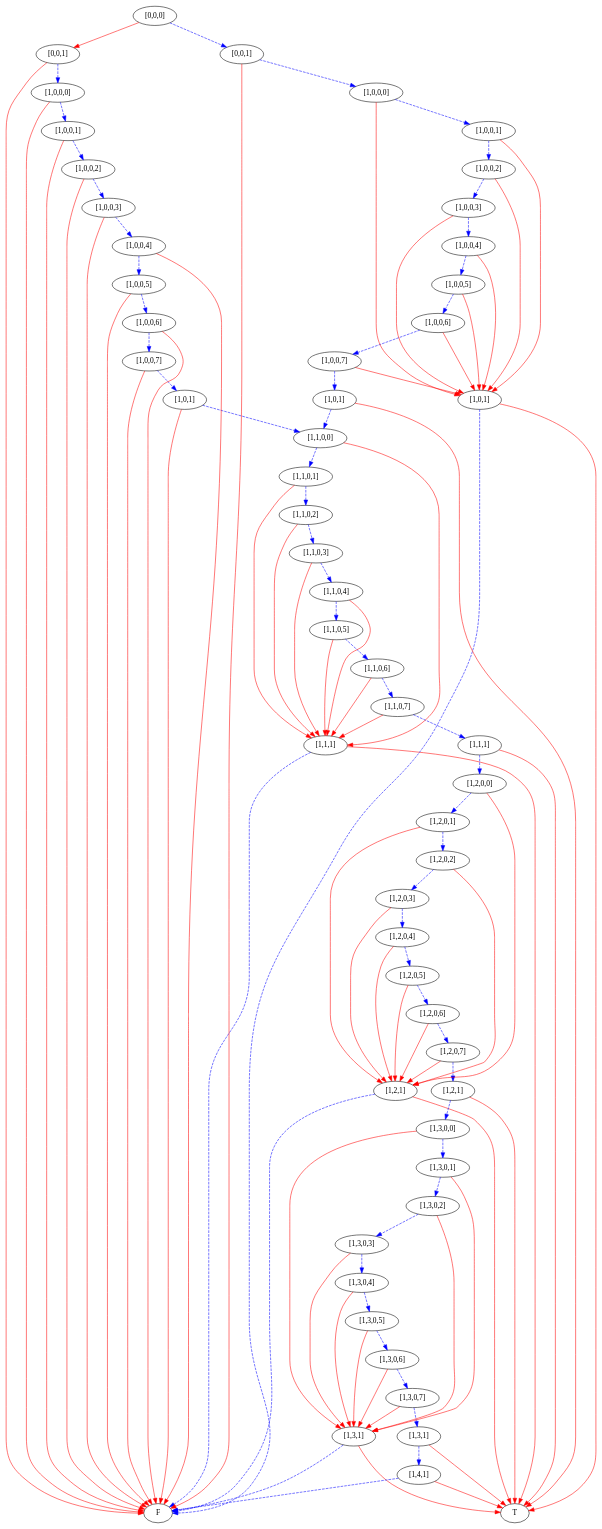
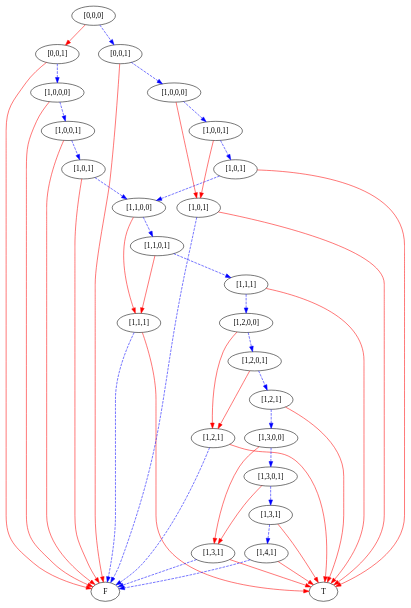
Before and after one commit to mburyakov/minxmod: the diagram in simpleProgram5bstates/8.dot, drawn with Graphviz. The commit also changed 11 other files, not shown here.

```diff
--- a/simpleProgram5bstates/8.dot
+++ b/simpleProgram5bstates/8.dot
@@ -6,54 +6,24 @@
     5 [label="[1,3,1]"];
     6 [label="[1,4,1]"];
     7 [label="[1,3,1]"];
-    8 [label="[1,3,0,7]"];
-    9 [label="[1,3,0,6]"];
-    10 [label="[1,3,0,5]"];
-    11 [label="[1,3,0,4]"];
-    12 [label="[1,3,0,3]"];
-    13 [label="[1,3,0,2]"];
-    14 [label="[1,3,0,1]"];
-    15 [label="[1,3,0,0]"];
-    16 [label="[1,2,1]"];
-    17 [label="[1,2,0,7]"];
-    18 [label="[1,2,0,6]"];
-    19 [label="[1,2,0,5]"];
-    20 [label="[1,2,0,4]"];
-    21 [label="[1,2,0,3]"];
-    22 [label="[1,2,0,2]"];
-    23 [label="[1,2,0,1]"];
-    24 [label="[1,2,0,0]"];
-    25 [label="[1,1,1]"];
-    26 [label="[1,1,0,7]"];
-    27 [label="[1,1,0,6]"];
-    28 [label="[1,1,0,5]"];
-    29 [label="[1,1,0,4]"];
-    30 [label="[1,1,0,3]"];
-    31 [label="[1,1,0,2]"];
-    32 [label="[1,1,0,1]"];
-    33 [label="[1,1,0,0]"];
-    34 [label="[1,0,1]"];
-    35 [label="[1,0,0,7]"];
-    36 [label="[1,0,0,6]"];
-    37 [label="[1,0,0,5]"];
-    38 [label="[1,0,0,4]"];
-    39 [label="[1,0,0,3]"];
-    40 [label="[1,0,0,2]"];
-    41 [label="[1,0,0,1]"];
-    42 [label="[1,0,0,0]"];
-    43 [label="[0,0,1]"];
-    44 [label="[1,0,1]"];
-    45 [label="[1,0,1]"];
-    46 [label="[1,0,0,7]"];
-    47 [label="[1,0,0,6]"];
-    48 [label="[1,0,0,5]"];
-    49 [label="[1,0,0,4]"];
-    50 [label="[1,0,0,3]"];
-    51 [label="[1,0,0,2]"];
-    52 [label="[1,0,0,1]"];
-    53 [label="[1,0,0,0]"];
-    54 [label="[0,0,1]"];
-    55 [label="[0,0,0]"];
+    8 [label="[1,3,0,1]"];
+    9 [label="[1,3,0,0]"];
+    10 [label="[1,2,1]"];
+    11 [label="[1,2,0,1]"];
+    12 [label="[1,2,0,0]"];
+    13 [label="[1,1,1]"];
+    14 [label="[1,1,0,1]"];
+    15 [label="[1,1,0,0]"];
+    16 [label="[1,0,1]"];
+    17 [label="[1,0,0,1]"];
+    18 [label="[1,0,0,0]"];
+    19 [label="[0,0,1]"];
+    20 [label="[1,0,1]"];
+    21 [label="[1,0,1]"];
+    22 [label="[1,0,0,1]"];
+    23 [label="[1,0,0,0]"];
+    24 [label="[0,0,1]"];
+    25 [label="[0,0,0]"];
     3 -> 1 [style=dashed
            ,color=blue];
     3 -> 2 [color=red];
@@ -75,142 +45,52 @@
     9 -> 5 [color=red];
     9 -> 8 [style=dashed
            ,color=blue];
-    10 -> 5 [color=red];
     10 -> 9 [style=dashed
             ,color=blue];
-    11 -> 5 [color=red];
+    10 -> 2 [color=red];
+    11 -> 4 [color=red];
     11 -> 10 [style=dashed
              ,color=blue];
-    12 -> 5 [color=red];
+    12 -> 4 [color=red];
     12 -> 11 [style=dashed
              ,color=blue];
-    13 -> 5 [color=red];
     13 -> 12 [style=dashed
              ,color=blue];
-    14 -> 5 [color=red];
+    13 -> 2 [color=red];
+    14 -> 3 [color=red];
     14 -> 13 [style=dashed
              ,color=blue];
-    15 -> 5 [color=red];
+    15 -> 3 [color=red];
     15 -> 14 [style=dashed
              ,color=blue];
     16 -> 15 [style=dashed
              ,color=blue];
-    16 -> 2 [color=red];
-    17 -> 4 [color=red];
+    16 -> 1 [color=red];
     17 -> 16 [style=dashed
              ,color=blue];
-    18 -> 4 [color=red];
+    17 -> 1 [color=red];
     18 -> 17 [style=dashed
              ,color=blue];
-    19 -> 4 [color=red];
+    18 -> 1 [color=red];
     19 -> 18 [style=dashed
              ,color=blue];
-    20 -> 4 [color=red];
-    20 -> 19 [style=dashed
+    19 -> 1 [color=red];
+    20 -> 1 [style=dashed
+            ,color=blue];
+    20 -> 2 [color=red];
+    21 -> 15 [style=dashed
              ,color=blue];
-    21 -> 4 [color=red];
-    21 -> 20 [style=dashed
-             ,color=blue];
-    22 -> 4 [color=red];
+    21 -> 2 [color=red];
+    22 -> 20 [color=red];
     22 -> 21 [style=dashed
              ,color=blue];
-    23 -> 4 [color=red];
+    23 -> 20 [color=red];
     23 -> 22 [style=dashed
              ,color=blue];
-    24 -> 4 [color=red];
     24 -> 23 [style=dashed
              ,color=blue];
+    24 -> 1 [color=red];
+    25 -> 19 [color=red];
     25 -> 24 [style=dashed
              ,color=blue];
-    25 -> 2 [color=red];
-    26 -> 3 [color=red];
-    26 -> 25 [style=dashed
-             ,color=blue];
-    27 -> 3 [color=red];
-    27 -> 26 [style=dashed
-             ,color=blue];
-    28 -> 3 [color=red];
-    28 -> 27 [style=dashed
-             ,color=blue];
-    29 -> 3 [color=red];
-    29 -> 28 [style=dashed
-             ,color=blue];
-    30 -> 3 [color=red];
-    30 -> 29 [style=dashed
-             ,color=blue];
-    31 -> 3 [color=red];
-    31 -> 30 [style=dashed
-             ,color=blue];
-    32 -> 3 [color=red];
-    32 -> 31 [style=dashed
-             ,color=blue];
-    33 -> 3 [color=red];
-    33 -> 32 [style=dashed
-             ,color=blue];
-    34 -> 33 [style=dashed
-             ,color=blue];
-    34 -> 1 [color=red];
-    35 -> 34 [style=dashed
-             ,color=blue];
-    35 -> 1 [color=red];
-    36 -> 35 [style=dashed
-             ,color=blue];
-    36 -> 1 [color=red];
-    37 -> 36 [style=dashed
-             ,color=blue];
-    37 -> 1 [color=red];
-    38 -> 37 [style=dashed
-             ,color=blue];
-    38 -> 1 [color=red];
-    39 -> 38 [style=dashed
-             ,color=blue];
-    39 -> 1 [color=red];
-    40 -> 39 [style=dashed
-             ,color=blue];
-    40 -> 1 [color=red];
-    41 -> 40 [style=dashed
-             ,color=blue];
-    41 -> 1 [color=red];
-    42 -> 41 [style=dashed
-             ,color=blue];
-    42 -> 1 [color=red];
-    43 -> 42 [style=dashed
-             ,color=blue];
-    43 -> 1 [color=red];
-    44 -> 1 [style=dashed
-            ,color=blue];
-    44 -> 2 [color=red];
-    45 -> 33 [style=dashed
-             ,color=blue];
-    45 -> 2 [color=red];
-    46 -> 44 [color=red];
-    46 -> 45 [style=dashed
-             ,color=blue];
-    47 -> 44 [color=red];
-    47 -> 46 [style=dashed
-             ,color=blue];
-    48 -> 44 [color=red];
-    48 -> 47 [style=dashed
-             ,color=blue];
-    49 -> 44 [color=red];
-    49 -> 48 [style=dashed
-             ,color=blue];
-    50 -> 44 [color=red];
-    50 -> 49 [style=dashed
-             ,color=blue];
-    51 -> 44 [color=red];
-    51 -> 50 [style=dashed
-             ,color=blue];
-    52 -> 44 [color=red];
-    52 -> 51 [style=dashed
-             ,color=blue];
-    53 -> 44 [color=red];
-    53 -> 52 [style=dashed
-             ,color=blue];
-    54 -> 53 [style=dashed
-             ,color=blue];
-    54 -> 1 [color=red];
-    55 -> 43 [color=red];
-    55 -> 54 [style=dashed
-             ,color=blue];
 }
```
